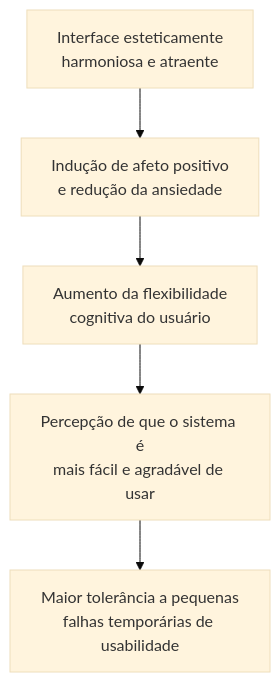
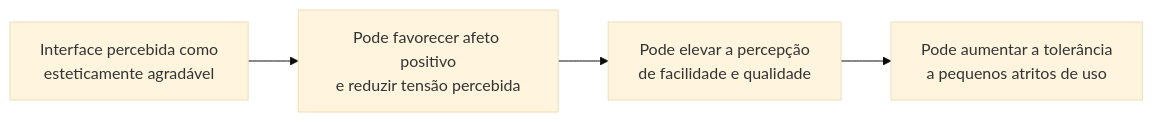
Before and after one commit to leorruas/puc: the diagram in 08. Design de Interacao/14. Estética em sistemas interativos - harmonização de cores, fontes e usabilidade.md, drawn with Mermaid (base theme). The commit also changed other lines of this file, not shown here.

````diff
--- a/08. Design de Interacao/14. Estética em sistemas interativos - harmonização de cores, fontes e usabilidade.md
+++ b/08. Design de Interacao/14. Estética em sistemas interativos - harmonização de cores, fontes e usabilidade.md
@@ -47,7 +47,11 @@
 ```mermaid
-flowchart TD
-    A["Interface esteticamente<br>harmoniosa e atraente"] --> B["Indução de afeto positivo<br>e redução da ansiedade"]
-    B --> C["Aumento da flexibilidade<br>cognitiva do usuário"]
-    C --> D["Percepção de que o sistema é<br>mais fácil e agradável de usar"]
-    D --> E["Maior tolerância a pequenas<br>falhas temporárias de usabilidade"]
+flowchart LR
+    Estetica["Interface percebida como<br>esteticamente agradável"]:::component
+    Afeto["Pode favorecer afeto positivo<br>e reduzir tensão percebida"]:::data
+    Percepcao["Pode elevar a percepção<br>de facilidade e qualidade"]:::core
+    Tolerancia["Pode aumentar a tolerância<br>a pequenos atritos de uso"]:::external
+
+    Estetica --> Afeto
+    Afeto --> Percepcao
+    Percepcao --> Tolerancia
 ```
````
